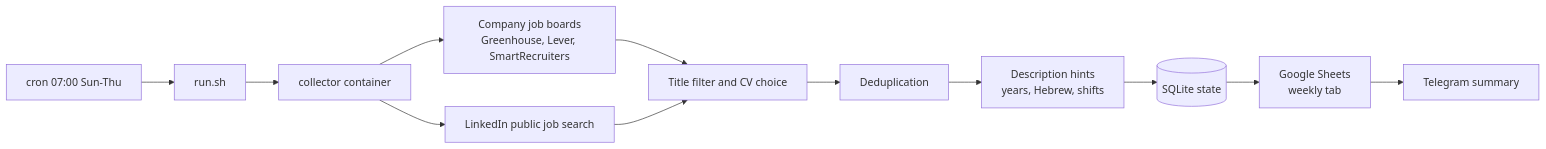
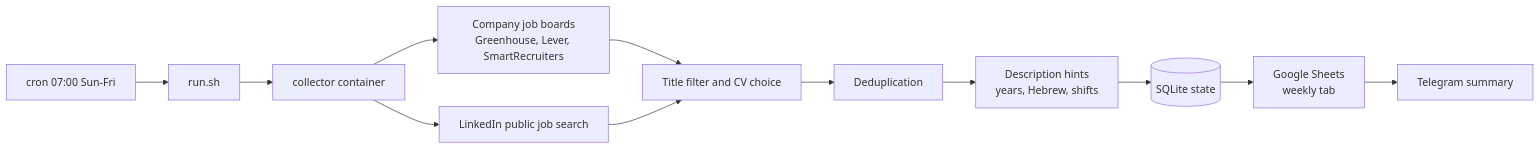
The diagram in README.md (algoldenberg/job-finder), drawn with Mermaid before and after one commit. The commit also changed other lines of this file, not shown here.

Commit message:
docs: run on Fridays so Thursday postings arrive before sending

````diff
--- a/README.md
+++ b/README.md
@@ -13,13 +13,13 @@
 ```mermaid
 flowchart LR
-    A[cron 07:00 Sun-Thu] --> B[run.sh]
+    A[cron 07:00 Sun-Fri] --> B[run.sh]
     B --> C[collector container]
     C --> D[Company job boards<br>Greenhouse, Lever, SmartRecruiters]
     C --> E[LinkedIn public job search]
     D & E --> F[Title filter and CV choice]
     F --> G[Deduplication]
     G --> H[Description hints<br>years, Hebrew, shifts]
     H --> I[(SQLite state)]
     I --> J[Google Sheets<br>weekly tab]
     J --> K[Telegram summary]
 ```
````
